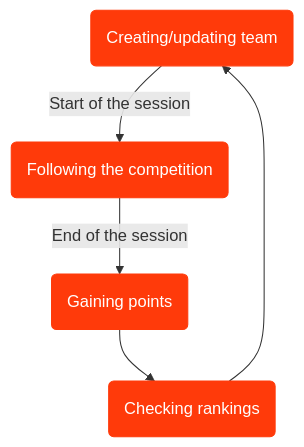
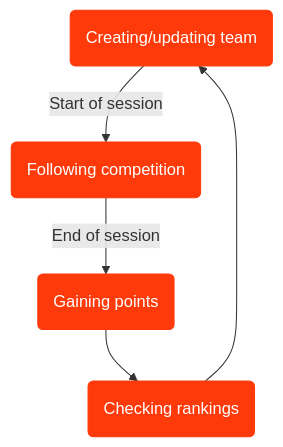
One commit to Eric-fgm/FanAthletics changed the diagram in README.md. Above: the diagram before and after it, drawn with Mermaid. The commit also changed other lines of this file, not shown here.

Commit message:
README fix

````diff
--- a/README.md
+++ b/README.md
@@ -48,12 +48,12 @@
 ```mermaid
 flowchart TD
-    A(Creating/updating team) --Start of the session--> B(Following the competition)
-    B --End of the session--> C(Gaining points)
+    A(Creating/updating team) --Start of session--> B(Following competition)
+    B --End of session--> C(Gaining points)
     C --> D(Checking rankings)
     D -->A
 
 style A fill:#ff3a0a, stroke:#ff3a0a, color:#ffffff
 style B fill:#ff3a0a, stroke:#ff3a0a, color:#ffffff
 style C fill:#ff3a0a, stroke:#ff3a0a, color:#ffffff
 style D fill:#ff3a0a, stroke:#ff3a0a, color:#ffffff
 ```
````
